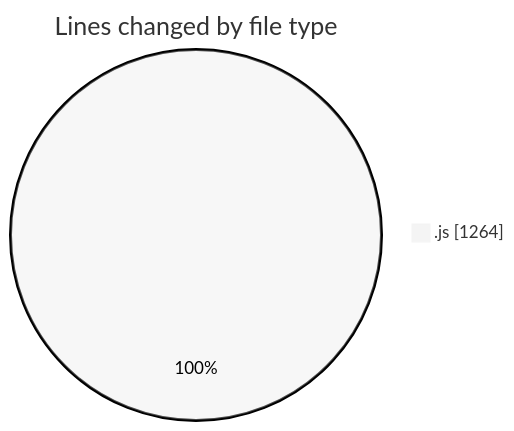
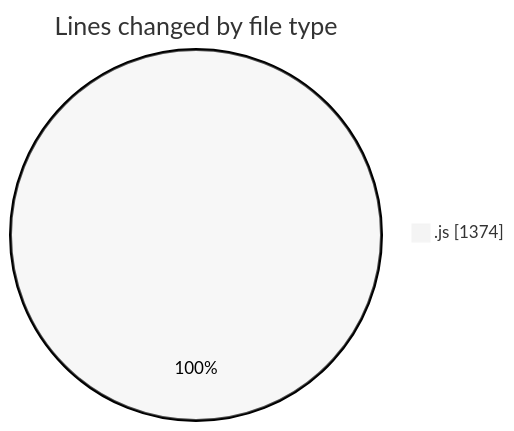
Before and after one commit to nxtqubesakshisongat/code-tracking: the first of 2 diagrams in 2025-09-08/cashcalculator/README.md, drawn with Mermaid (neutral theme). The commit also changed other lines of this file and 1 other file, not shown here.

````diff
--- a/2025-09-08/cashcalculator/README.md
+++ b/2025-09-08/cashcalculator/README.md
@@ -20,5 +20,5 @@
 ```mermaid
 pie showData
 title Lines changed by file type
-".js" : 1264
+".js" : 1374
 ```
````
